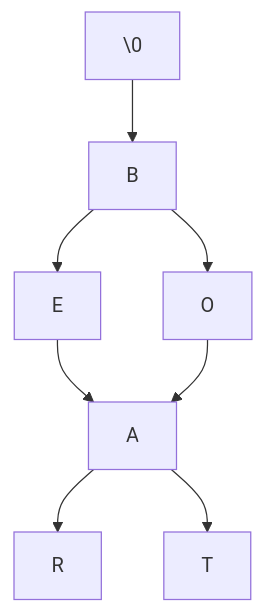
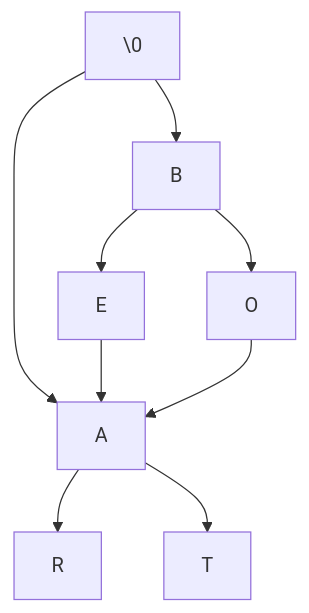
The diagram in morse-code/README.md (mmcnally1/arduino-projects), drawn with Mermaid before and after one commit.

````diff
--- a/morse-code/README.md
+++ b/morse-code/README.md
@@ -9,10 +9,11 @@
 ```mermaid
 graph TD;
 \0 --> B
+\0 --> A
 B --> E
 E --> A
 A --> R
 A --> T
 B --> O
 O --> A
 ```
````
